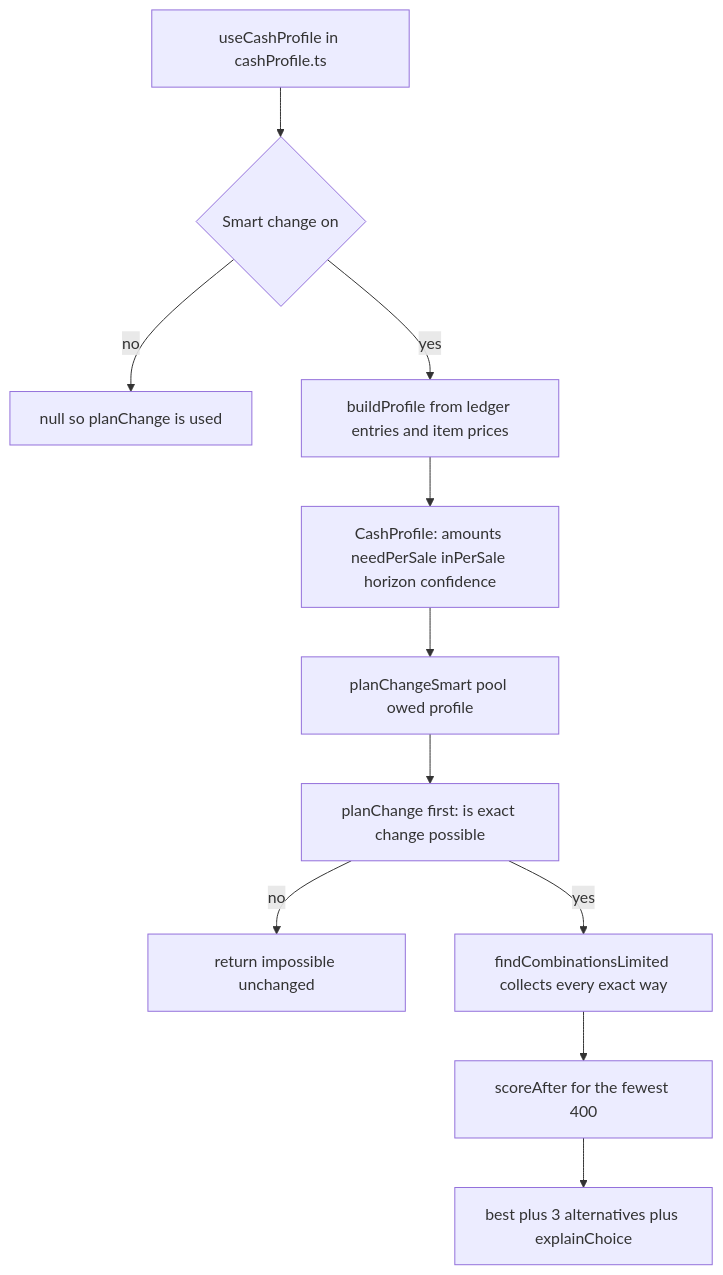
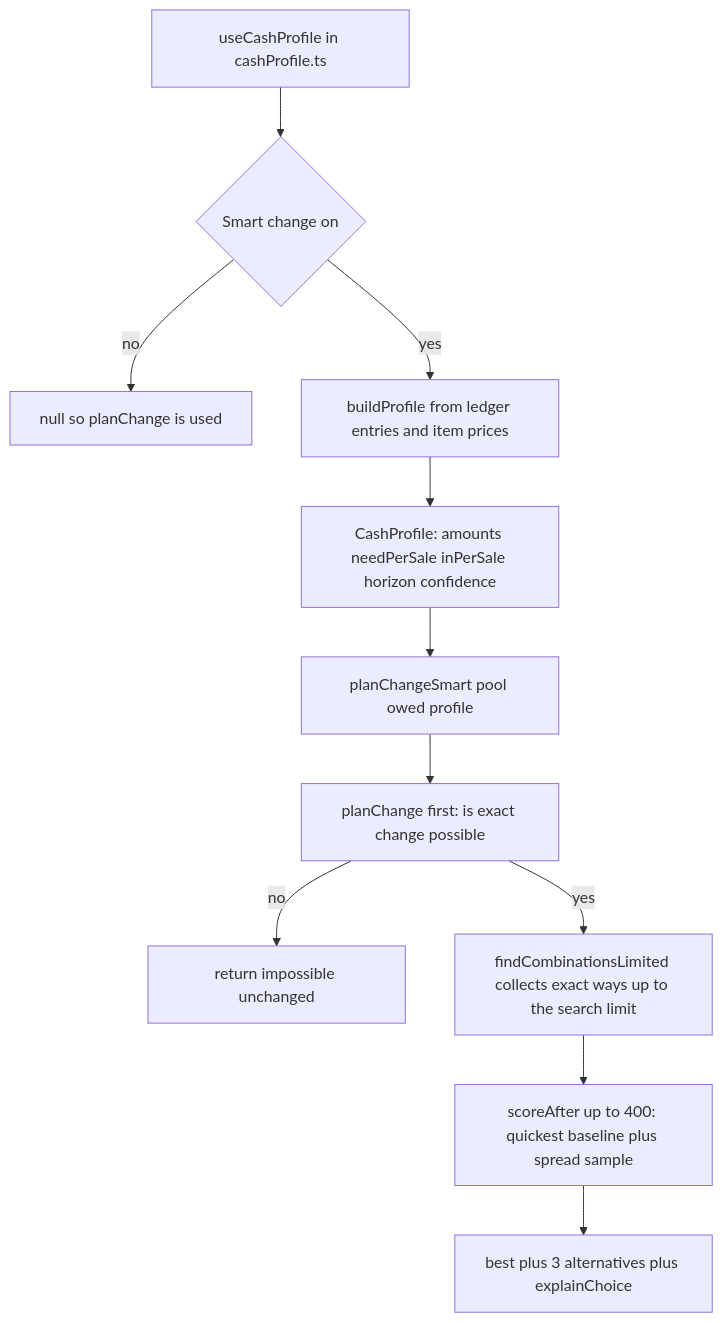
Before and after one commit to Kousei-Uchu/aidens3dp-pos: the diagram in help/cash/smart-change.md, drawn with Mermaid. The commit also changed other lines of this file and 21 other files, not shown here.

````diff
--- a/help/cash/smart-change.md
+++ b/help/cash/smart-change.md
@@ -91,13 +91,13 @@
 ```mermaid
 flowchart TD
   A[useCashProfile in cashProfile.ts] --> B{Smart change on}
   B -->|no| C[null so planChange is used]
   B -->|yes| D[buildProfile from ledger entries and item prices]
   D --> E[CashProfile: amounts needPerSale inPerSale horizon confidence]
   E --> F[planChangeSmart pool owed profile]
   F --> G[planChange first: is exact change possible]
   G -->|no| H[return impossible unchanged]
-  G -->|yes| I[findCombinationsLimited collects every exact way]
-  I --> J[scoreAfter for the fewest 400]
+  G -->|yes| I[findCombinationsLimited collects exact ways up to the search limit]
+  I --> J[scoreAfter up to 400: quickest baseline plus spread sample]
   J --> K[best plus 3 alternatives plus explainChoice]
 ```
````
